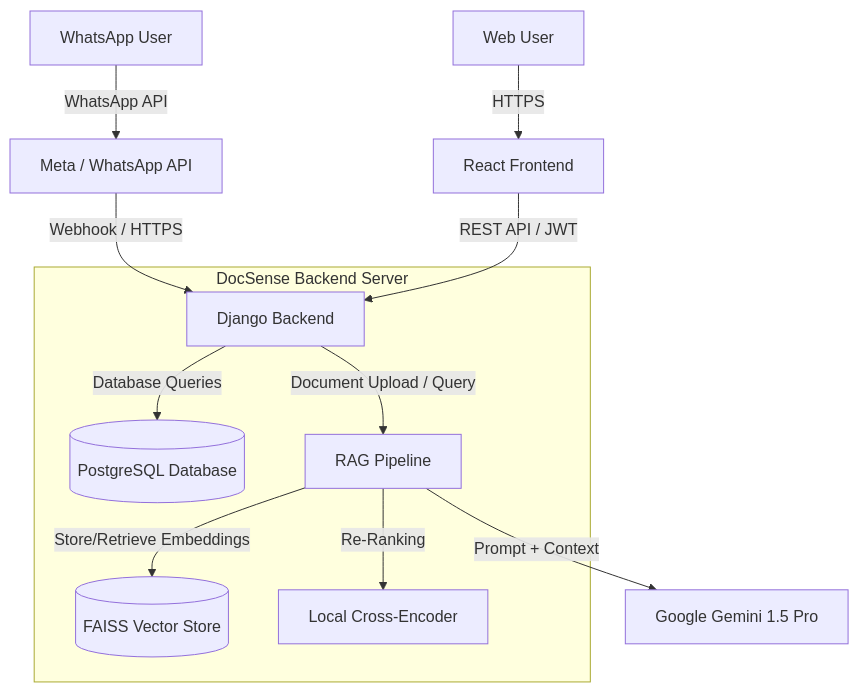
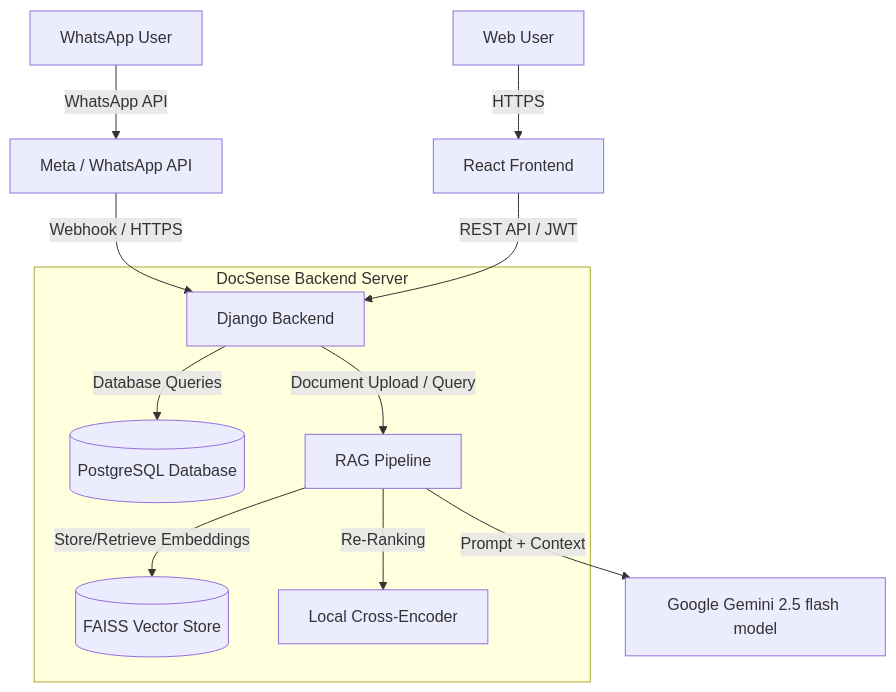
One commit to Abhishek4852/DocSense changed the diagram in documentation/high_level_architecture.md. Above: the diagram before and after it, drawn with Mermaid.

````diff
--- a/documentation/high_level_architecture.md
+++ b/documentation/high_level_architecture.md
@@ -7,20 +7,20 @@
 ```mermaid
 graph TD
     %% External Interfaces
     UserWeb[Web User] -->|HTTPS| ReactFE[React Frontend]
     UserWA[WhatsApp User] -->|WhatsApp API| Meta[Meta / WhatsApp API]
     Meta -->|Webhook / HTTPS| DjangoBE[Django Backend]
     ReactFE -->|REST API / JWT| DjangoBE
     
     %% Backend & RAG Core
     subgraph DocSense Backend Server
         DjangoBE -->|Database Queries| Postgres[(PostgreSQL Database)]
         DjangoBE -->|Document Upload / Query| RAG[RAG Pipeline]
         
         RAG -->|Store/Retrieve Embeddings| FAISS[(FAISS Vector Store)]
         RAG -->|Re-Ranking| CrossEncoder[Local Cross-Encoder]
     end
     
     %% External AI Services
-    RAG -->|Prompt + Context| Gemini[Google Gemini 1.5 Pro]
+    RAG -->|Prompt + Context| Gemini[Google Gemini 2.5 flash model]
 ```
````
